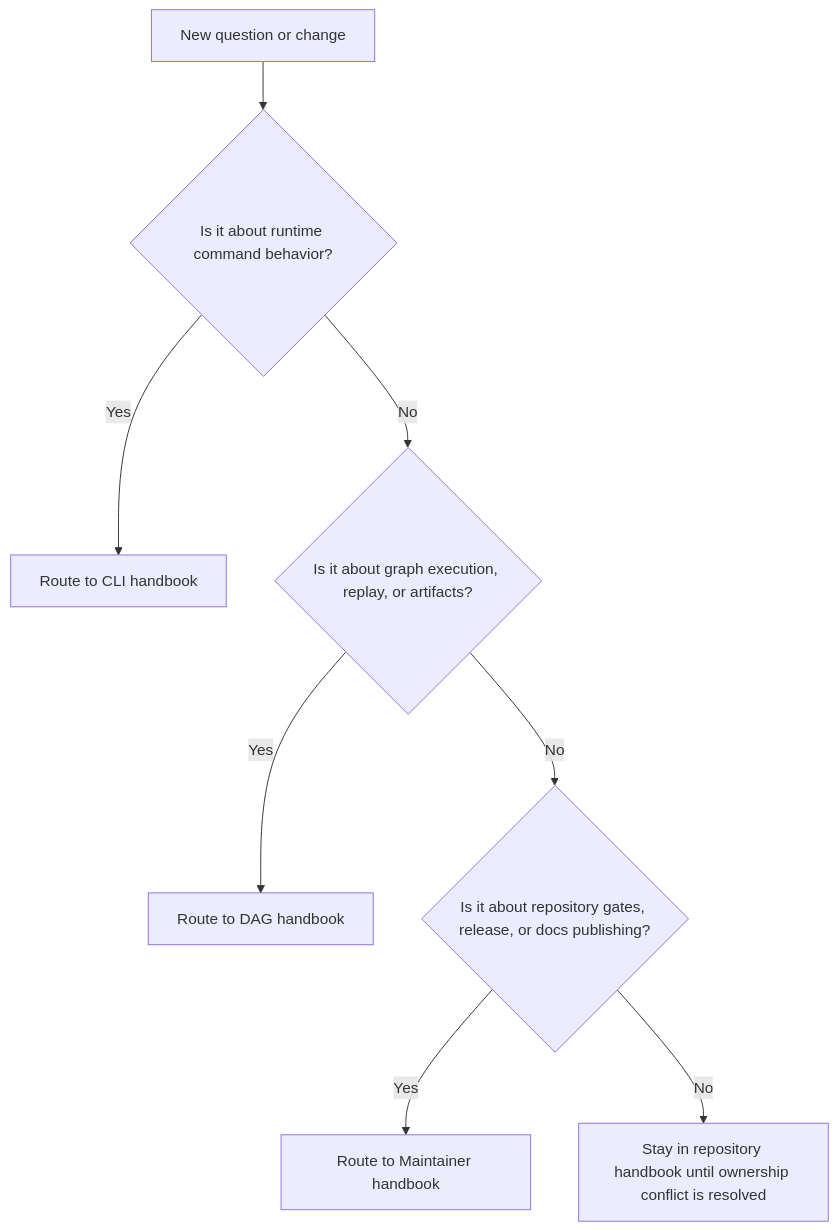
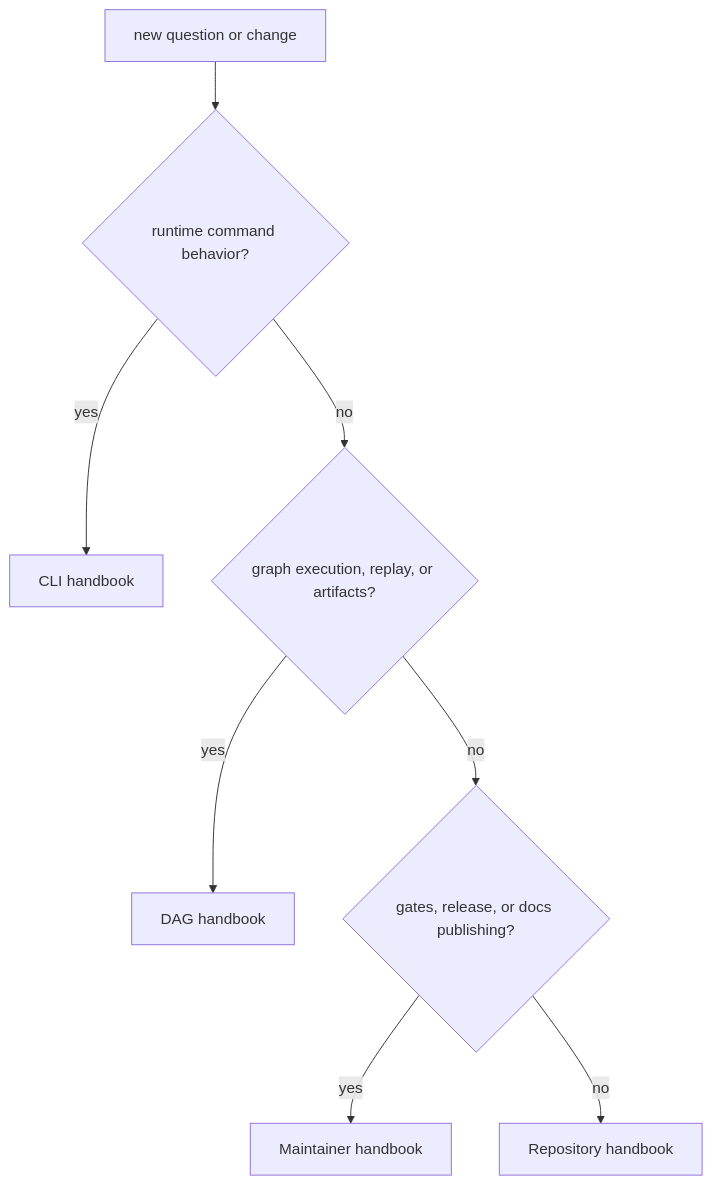
One commit to bijux/bijux-cli changed the diagram in docs/bijux-core/foundation/decision-rules.md. Above: the diagram before and after it, drawn with Mermaid. The commit also changed other lines of this file, not shown here.

Commit message:
docs(core-foundation): clarify the decision rules

````diff
--- a/docs/bijux-core/foundation/decision-rules.md
+++ b/docs/bijux-core/foundation/decision-rules.md
@@ -15,10 +20,10 @@
 ```mermaid
 flowchart TD
-    A[New question or change] --> B{Is it about runtime command behavior?}
-    B -->|Yes| C[Route to CLI handbook]
-    B -->|No| D{Is it about graph execution, replay, or artifacts?}
-    D -->|Yes| E[Route to DAG handbook]
-    D -->|No| F{Is it about repository gates, release, or docs publishing?}
-    F -->|Yes| G[Route to Maintainer handbook]
-    F -->|No| H[Stay in repository handbook until ownership conflict is resolved]
+    question["new question or change"] --> cli{"runtime command behavior?"}
+    cli -->|yes| cli_handbook["CLI handbook"]
+    cli -->|no| dag{"graph execution, replay, or artifacts?"}
+    dag -->|yes| dag_handbook["DAG handbook"]
+    dag -->|no| dev{"gates, release, or docs publishing?"}
+    dev -->|yes| dev_handbook["Maintainer handbook"]
+    dev -->|no| core_handbook["Repository handbook"]
 ```
````
